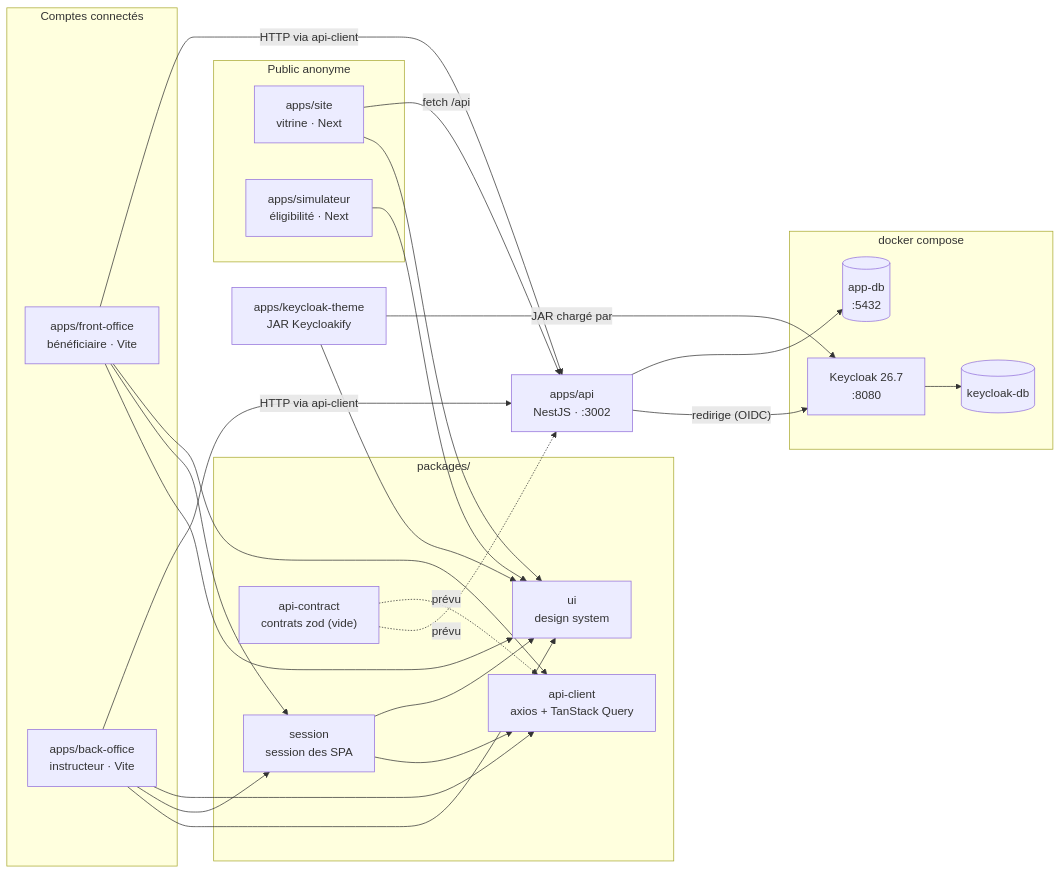
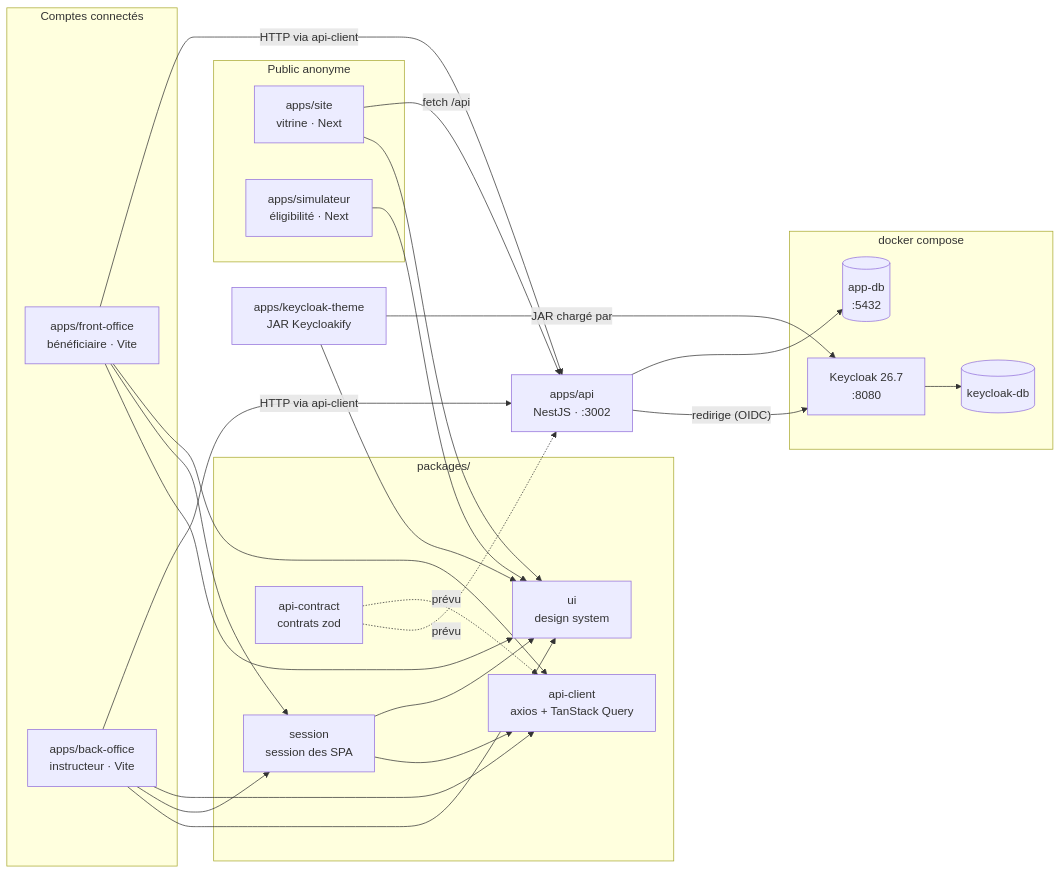
One commit to betagouv/etape changed the diagram in docs/cartographie.md. Above: the diagram before and after it, drawn with Mermaid. The commit also changed other lines of this file and 6 other files, not shown here.

````diff
--- a/docs/cartographie.md
+++ b/docs/cartographie.md
@@ -9,37 +9,37 @@
 ```mermaid
 flowchart LR
   subgraph public["Public anonyme"]
     site["apps/site<br/>vitrine · Next"]
     simulateur["apps/simulateur<br/>éligibilité · Next"]
   end
   subgraph connecte["Comptes connectés"]
     fo["apps/front-office<br/>bénéficiaire · Vite"]
     bo["apps/back-office<br/>instructeur · Vite"]
   end
   subgraph packages["packages/"]
     ui["ui<br/>design system"]
     session["session<br/>session des SPA"]
     client["api-client<br/>axios + TanStack Query"]
-    contract["api-contract<br/>contrats zod (vide)"]
+    contract["api-contract<br/>contrats zod"]
   end
   subgraph docker["docker compose"]
     keycloak["Keycloak 26.7<br/>:8080"]
     kcdb[("keycloak-db")]
     appdb[("app-db<br/>:5432")]
   end
   api["apps/api<br/>NestJS · :3002"]
   theme["apps/keycloak-theme<br/>JAR Keycloakify"]
 
   site & simulateur & fo & bo & theme --> ui
   fo & bo --> session
   session --> client & ui
   fo & bo --> client
   contract -. prévu .-> api
   contract -. prévu .-> client
   site -- "fetch /api" --> api
   fo & bo -- "HTTP via api-client" --> api
   api -- "redirige (OIDC)" --> keycloak
   api --> appdb
   keycloak --> kcdb
   theme -- "JAR chargé par" --> keycloak
 ```
````
